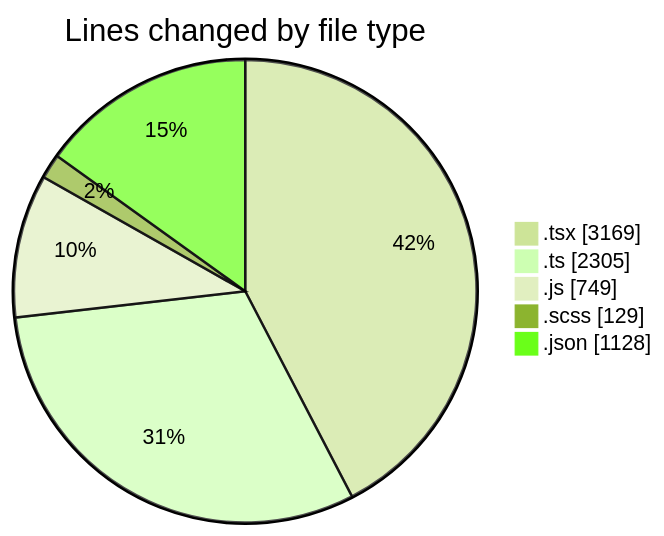
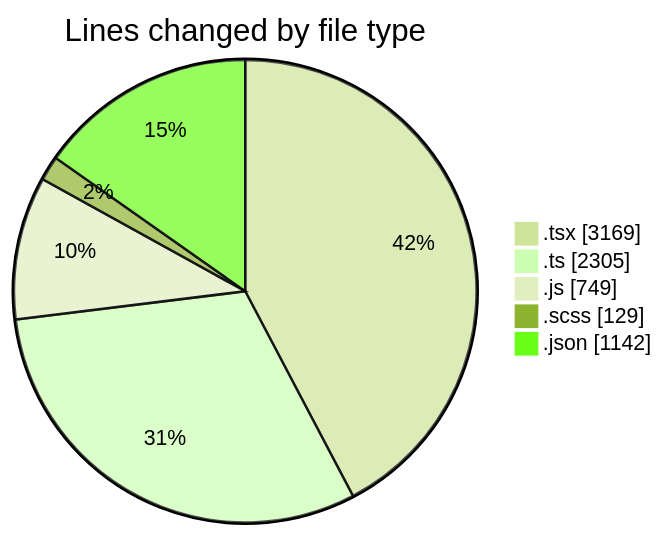
The first of 2 diagrams in 2026-06-15/cda/README.md (momahboobian/code-tracking), drawn with Mermaid (forest theme) before and after one commit. The commit also changed other lines of this file and 1 other file, not shown here.

````diff
--- a/2026-06-15/cda/README.md
+++ b/2026-06-15/cda/README.md
@@ -61,9 +62,9 @@
 ```mermaid
 pie showData
 title Lines changed by file type
 ".tsx" : 3169
 ".ts" : 2305
 ".js" : 749
 ".scss" : 129
-".json" : 1128
+".json" : 1142
 ```
````
